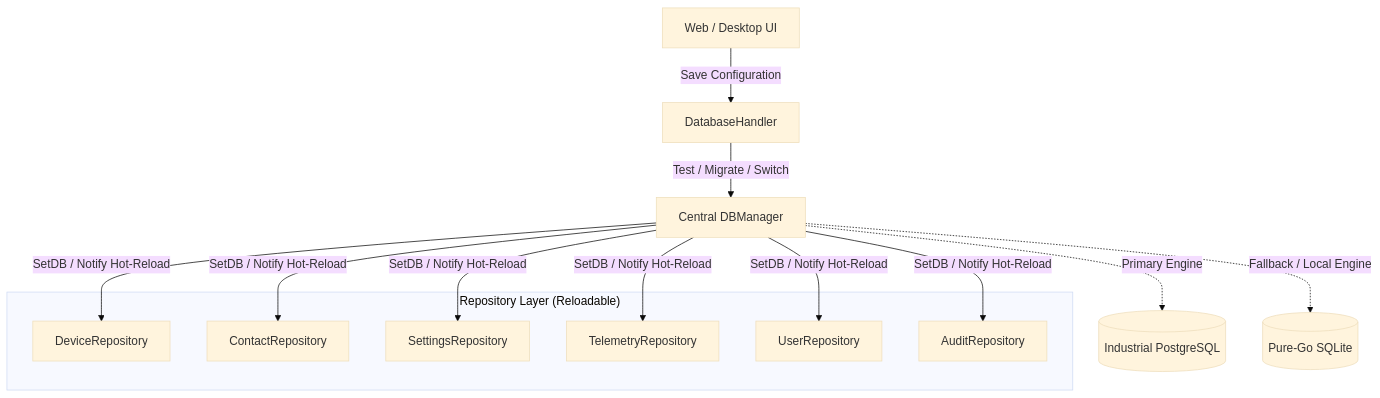
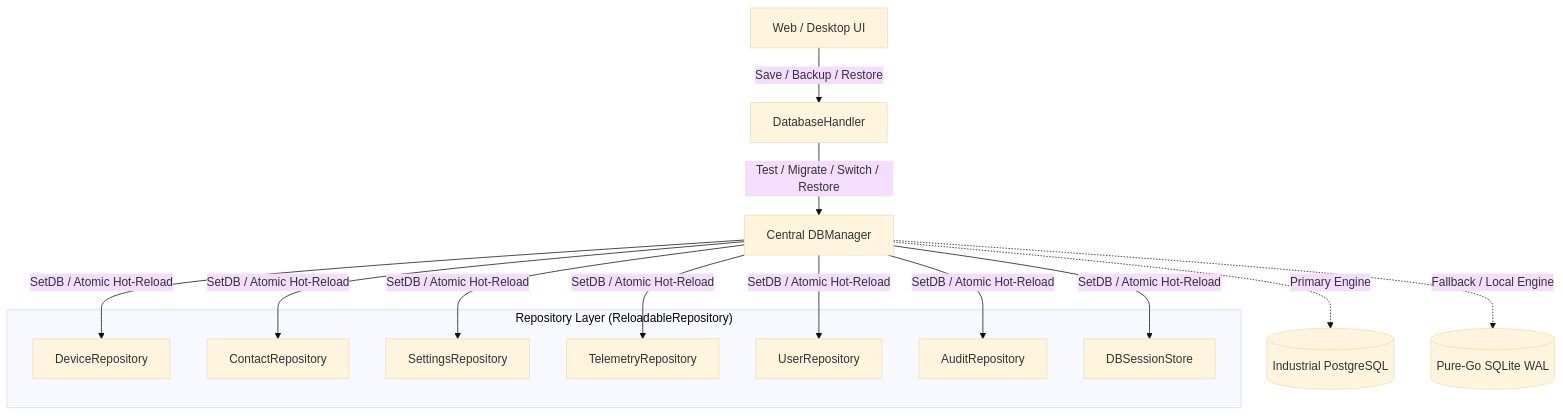
Before and after one commit to Noxfort-Systems-Brazil/MONITOR: the first of 2 diagrams in docs/DATABASE.md, drawn with Mermaid (base theme). The commit also changed other lines of this file and 186 other files, not shown here.

````diff
--- a/docs/DATABASE.md
+++ b/docs/DATABASE.md
@@ -15,24 +13,26 @@
 ```mermaid
 graph TD
-    UI[Web / Desktop UI] -->|Save Configuration| DBHandler[DatabaseHandler]
-    DBHandler -->|Test / Migrate / Switch| DBManager[Central DBManager]
-    
-    subgraph "Repository Layer (Reloadable)"
+    UI[Web / Desktop UI] -->|Save / Backup / Restore| DBHandler[DatabaseHandler]
+    DBHandler -->|Test / Migrate / Switch / Restore| DBManager[Central DBManager]
+
+    subgraph "Repository Layer (ReloadableRepository)"
         DeviceRepo[DeviceRepository]
         ContactRepo[ContactRepository]
         SettingsRepo[SettingsRepository]
         TelemetryRepo[TelemetryRepository]
         UserRepo[UserRepository]
         AuditRepo[AuditRepository]
+        SessionStore[DBSessionStore]
     end
-    
-    DBManager -->|SetDB / Notify Hot-Reload| DeviceRepo
-    DBManager -->|SetDB / Notify Hot-Reload| ContactRepo
-    DBManager -->|SetDB / Notify Hot-Reload| SettingsRepo
-    DBManager -->|SetDB / Notify Hot-Reload| TelemetryRepo
-    DBManager -->|SetDB / Notify Hot-Reload| UserRepo
-    DBManager -->|SetDB / Notify Hot-Reload| AuditRepo
+
+    DBManager -->|SetDB / Atomic Hot-Reload| DeviceRepo
+    DBManager -->|SetDB / Atomic Hot-Reload| ContactRepo
+    DBManager -->|SetDB / Atomic Hot-Reload| SettingsRepo
+    DBManager -->|SetDB / Atomic Hot-Reload| TelemetryRepo
+    DBManager -->|SetDB / Atomic Hot-Reload| UserRepo
+    DBManager -->|SetDB / Atomic Hot-Reload| AuditRepo
+    DBManager -->|SetDB / Atomic Hot-Reload| SessionStore
 
     DBManager -.->|Primary Engine| PG[(Industrial PostgreSQL)]
-    DBManager -.->|Fallback / Local Engine| SQLite[(Pure-Go SQLite)]
+    DBManager -.->|Fallback / Local Engine| SQLite[(Pure-Go SQLite WAL)]
 ```
````
